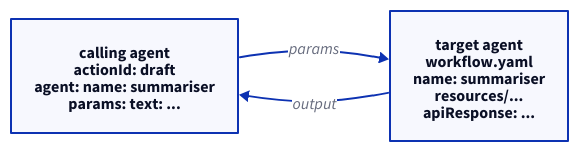
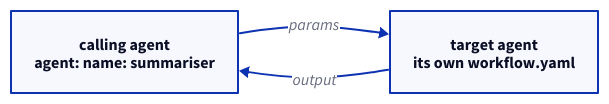
One commit to kdeps/kdeps changed the diagram in docs/v2/agencies/index.md. Above: the diagram before and after it, drawn with D2. The commit also changed other lines of this file and 136 other files, not shown here.

````diff
--- a/docs/v2/agencies/index.md
+++ b/docs/v2/agencies/index.md
@@ -86,9 +7,9 @@
 ```d2
 direction: right
 
-A: "calling agent\nactionId: draft\nagent: name: summariser\nparams: text: ..."
-B: "target agent\nworkflow.yaml\nname: summariser\nresources/...\napiResponse: ..."
+A: "calling agent\nagent: name: summariser"
+B: "target agent\nits own workflow.yaml"
 
 A -> B: params
 B -> A: output
 ```
````
